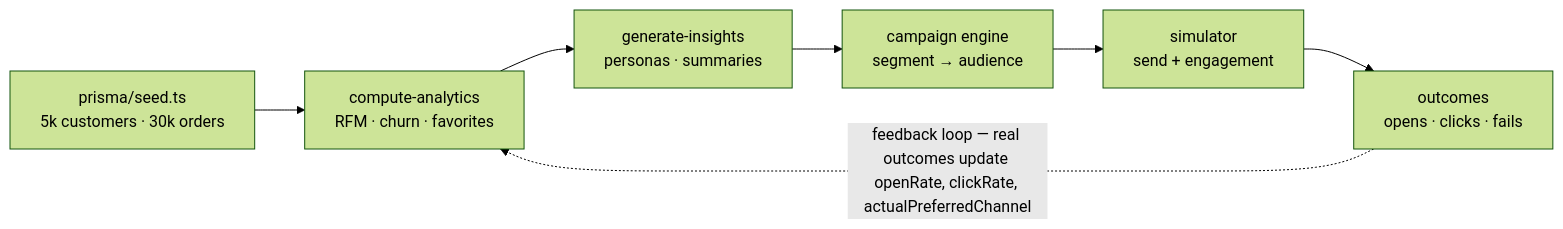
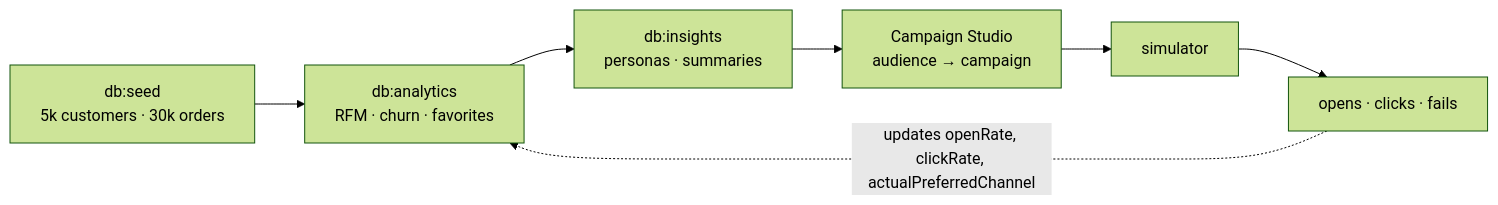
Diagram 12 of 13 in README.md (RUDRA-PRATAP-SINGH01/barista-engage-api), drawn with Mermaid (forest theme) before and after one commit. The commit also changed other lines of this file and 46 other files, not shown here.

````diff
--- a/README.md
+++ b/README.md
@@ -313,5 +729,5 @@
 ```mermaid
 flowchart LR
-    Seed["prisma/seed.ts<br/>5k customers · 30k orders"] --> CA["compute-analytics<br/>RFM · churn · favorites"] --> GI["generate-insights<br/>personas · summaries"] --> CE["campaign engine<br/>segment → audience"] --> SIM["simulator<br/>send + engagement"] --> OUT["outcomes<br/>opens · clicks · fails"]
-    OUT -. "feedback loop — real outcomes update openRate, clickRate, actualPreferredChannel" .-> CA
+    Seed["db:seed<br/>5k customers · 30k orders"] --> CA["db:analytics<br/>RFM · churn · favorites"] --> GI["db:insights<br/>personas · summaries"] --> CE["Campaign Studio<br/>audience → campaign"] --> SIM["simulator"] --> OUT["opens · clicks · fails"]
+    OUT -. "updates openRate, clickRate, actualPreferredChannel" .-> CA
 ```
````
